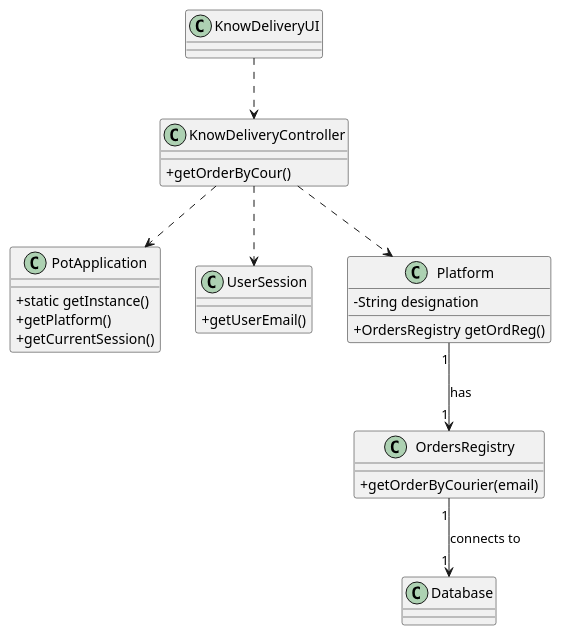
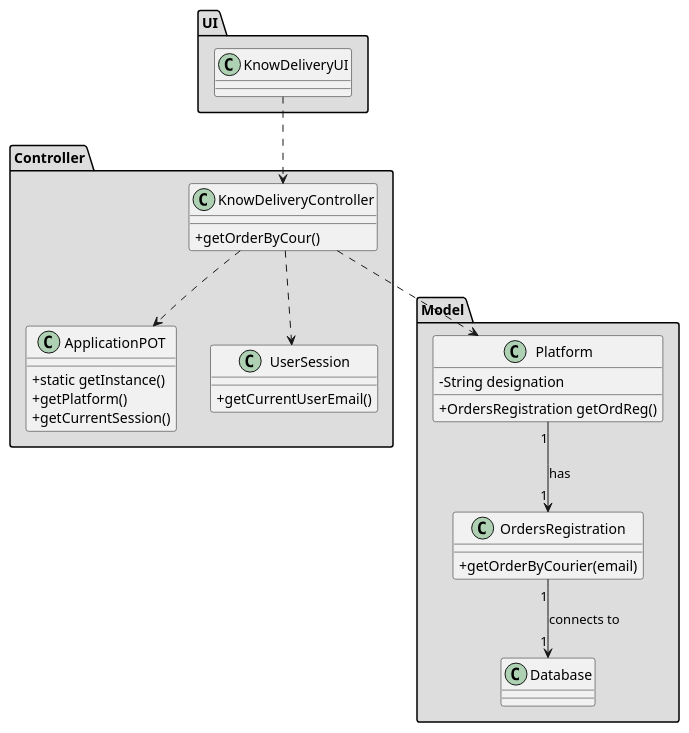
One commit to tiagoavcosta25/LAPR3 changed the diagram in docs/Iteration 1/Delivery Management/US48_KnowDelivery/US48_CD.puml. Above: the diagram before and after it, drawn with PlantUML. The commit also changed 16 other files, not shown here.

Commit message:
LAPR2AP2-121 #fixing SD and CD [Design] LAPR2AP2-127 #close SSD, MD, SD and CD [Design] LAPR2AP2-124 #fixing diagram issues [Design]

```diff
--- a/docs/Iteration 1/Delivery Management/US48_KnowDelivery/US48_CD.puml
+++ b/docs/Iteration 1/Delivery Management/US48_KnowDelivery/US48_CD.puml
@@ -1,40 +1,45 @@
 @startuml
 skinparam classAttributeIconSize 0
 
-class PotApplication
+package "Controller" #DDDDDD {
+class ApplicationPOT
 {
   +static getInstance()
   +getPlatform()
   +getCurrentSession()
 }
 
 class UserSession
 {
-  +getUserEmail()
+  +getCurrentUserEmail()
 }
+class KnowDeliveryController{
++getOrderByCour()
+}
+}
+package "UI" #DDDDDD {
 class KnowDeliveryUI{
 
 }
-
-class KnowDeliveryController{
-+getOrderByCour()
+}
+package "Model" #DDDDDD {
+class Platform {
+  -String designation
+  +OrdersRegistration getOrdReg()
 }
 
-class Platform {
-  -String designation
-  +OrdersRegistry getOrdReg()
-}
-
-class OrdersRegistry{
+class OrdersRegistration{
 +getOrderByCourier(email)
 }
-
+class Database{
+}
+}
 
 KnowDeliveryUI ..> KnowDeliveryController
 KnowDeliveryController ..> Platform
-KnowDeliveryController ..> PotApplication
+KnowDeliveryController ..> ApplicationPOT
 KnowDeliveryController ..> UserSession
-Platform "1" --> "1" OrdersRegistry : has
-OrdersRegistry "1" --> "1" Database : connects to
+Platform "1" --> "1" OrdersRegistration : has
+OrdersRegistration "1" --> "1" Database : connects to
 
 @enduml
```
